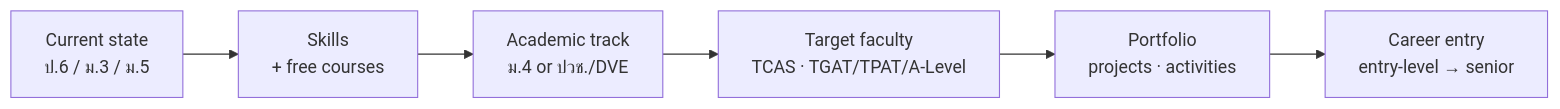
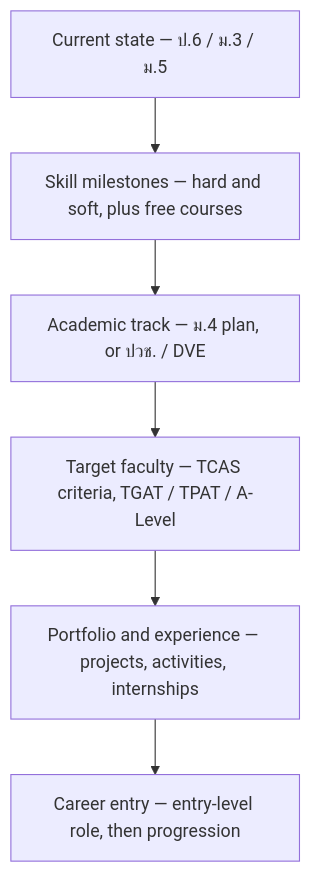
Before and after one commit to winxtxrgit/futureme-ai: the second of 4 diagrams in docs/05-system-architecture.md, drawn with Mermaid. The commit also changed 3 other files, not shown here.

First line of the commit message:
fix: restructure wide Mermaid diagrams for readability

````diff
--- a/docs/05-system-architecture.md
+++ b/docs/05-system-architecture.md
@@ -73,8 +73,8 @@
 ```mermaid
-flowchart LR
-    N1["Current state<br/>ป.6 / ม.3 / ม.5"] --> N2["Skills<br/>+ free courses"]
-    N2 --> N3["Academic track<br/>ม.4 or ปวช./DVE"]
-    N3 --> N4["Target faculty<br/>TCAS · TGAT/TPAT/A-Level"]
-    N4 --> N5["Portfolio<br/>projects · activities"]
-    N5 --> N6["Career entry<br/>entry-level → senior"]
+flowchart TB
+    N1["Current state — ป.6 / ม.3 / ม.5"] --> N2["Skill milestones — hard and soft, plus free courses"]
+    N2 --> N3["Academic track — ม.4 plan, or ปวช. / DVE"]
+    N3 --> N4["Target faculty — TCAS criteria, TGAT / TPAT / A-Level"]
+    N4 --> N5["Portfolio and experience — projects, activities, internships"]
+    N5 --> N6["Career entry — entry-level role, then progression"]
 ```
````
